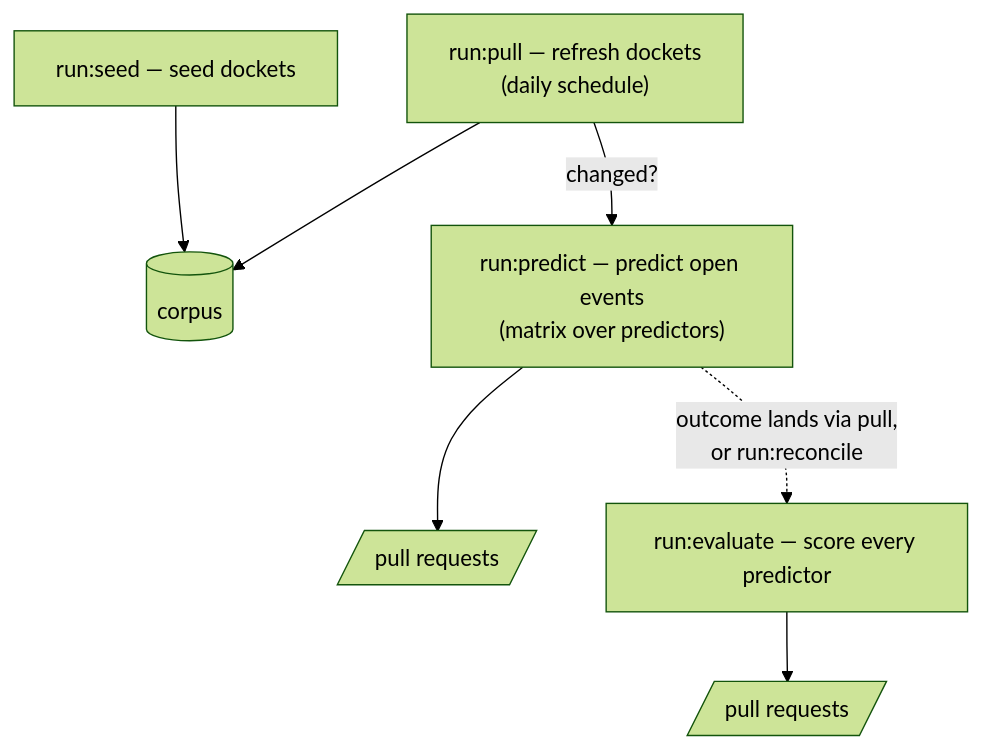
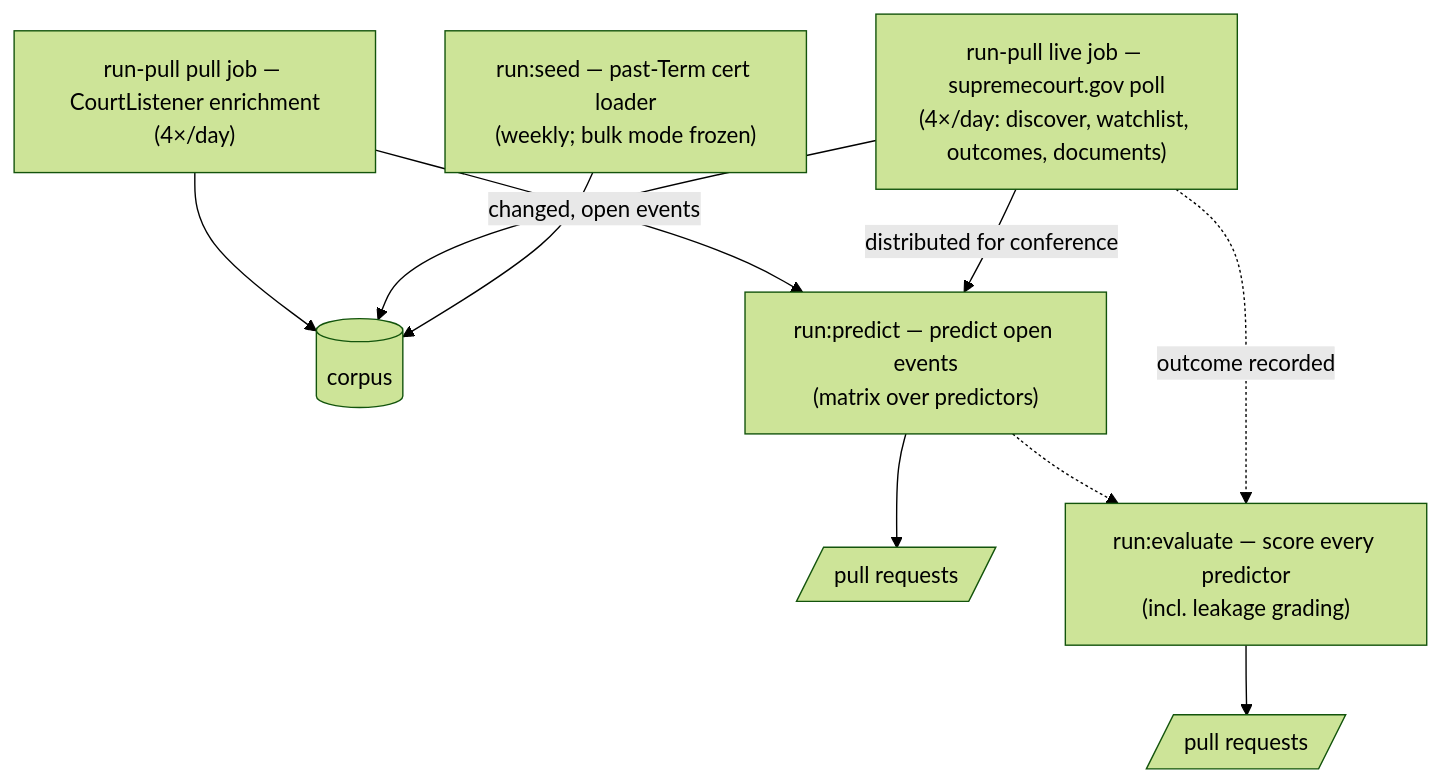
One commit to ModelMirrorAI/fedcourtsai changed the diagram in README.md. Above: the diagram before and after it, drawn with Mermaid (forest theme). The commit also changed other lines of this file and 19 other files, not shown here.

````diff
--- a/README.md
+++ b/README.md
@@ -50,9 +50,12 @@
 ```mermaid
 flowchart TD
-    seed["run:seed — seed dockets"] --> corpus[("corpus")]
-    pull["run:pull — refresh dockets<br/>(daily schedule)"] --> corpus
-    pull -->|"changed?"| predict["run:predict — predict open events<br/>(matrix over predictors)"]
+    seed["run:seed — past-Term cert loader<br/>(weekly; bulk mode frozen)"] --> corpus[("corpus")]
+    live["run-pull live job — supremecourt.gov poll<br/>(4×/day: discover, watchlist, outcomes, documents)"] --> corpus
+    pull["run-pull pull job — CourtListener enrichment<br/>(4×/day)"] --> corpus
+    live -->|"distributed for conference"| predict["run:predict — predict open events<br/>(matrix over predictors)"]
+    pull -->|"changed, open events"| predict
     predict --> ppr[/"pull requests"/]
-    predict -.->|"outcome lands via pull,<br/>or run:reconcile"| evaluate["run:evaluate — score every predictor"]
+    live -.->|"outcome recorded"| evaluate["run:evaluate — score every predictor<br/>(incl. leakage grading)"]
+    predict -.-> evaluate
     evaluate --> epr[/"pull requests"/]
 ```
````
